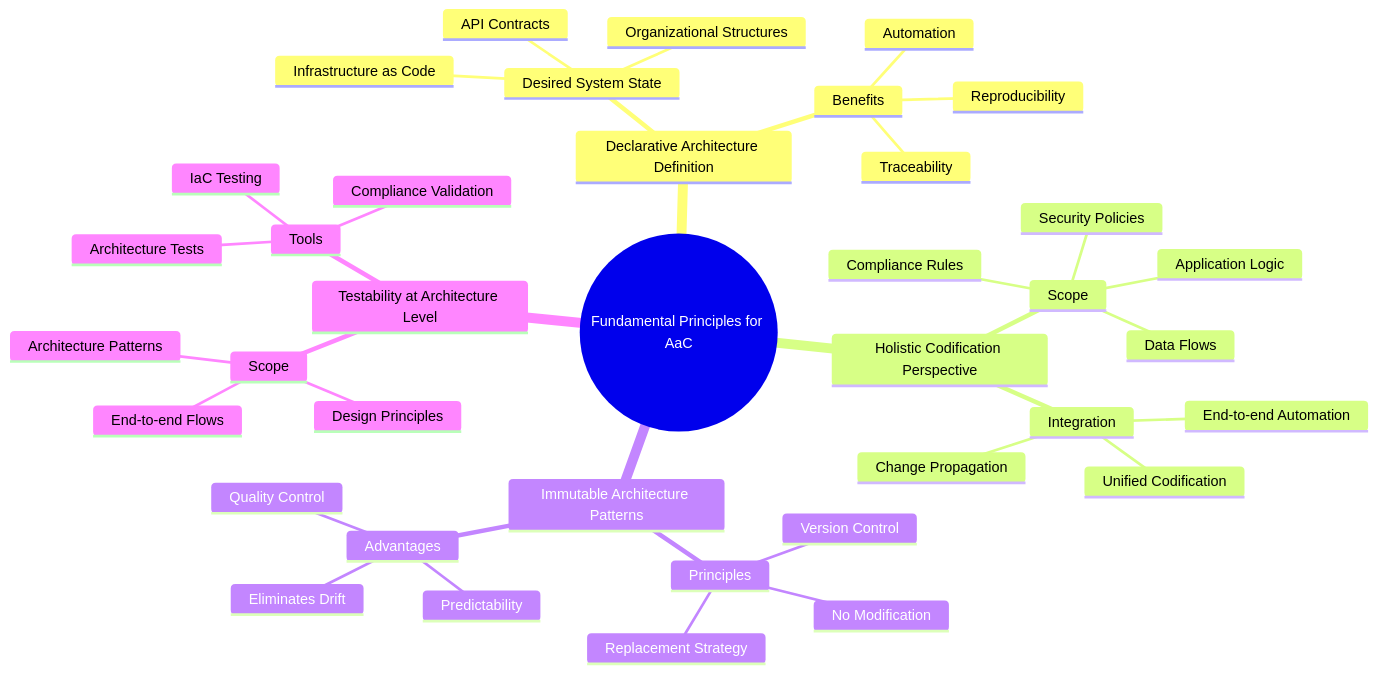
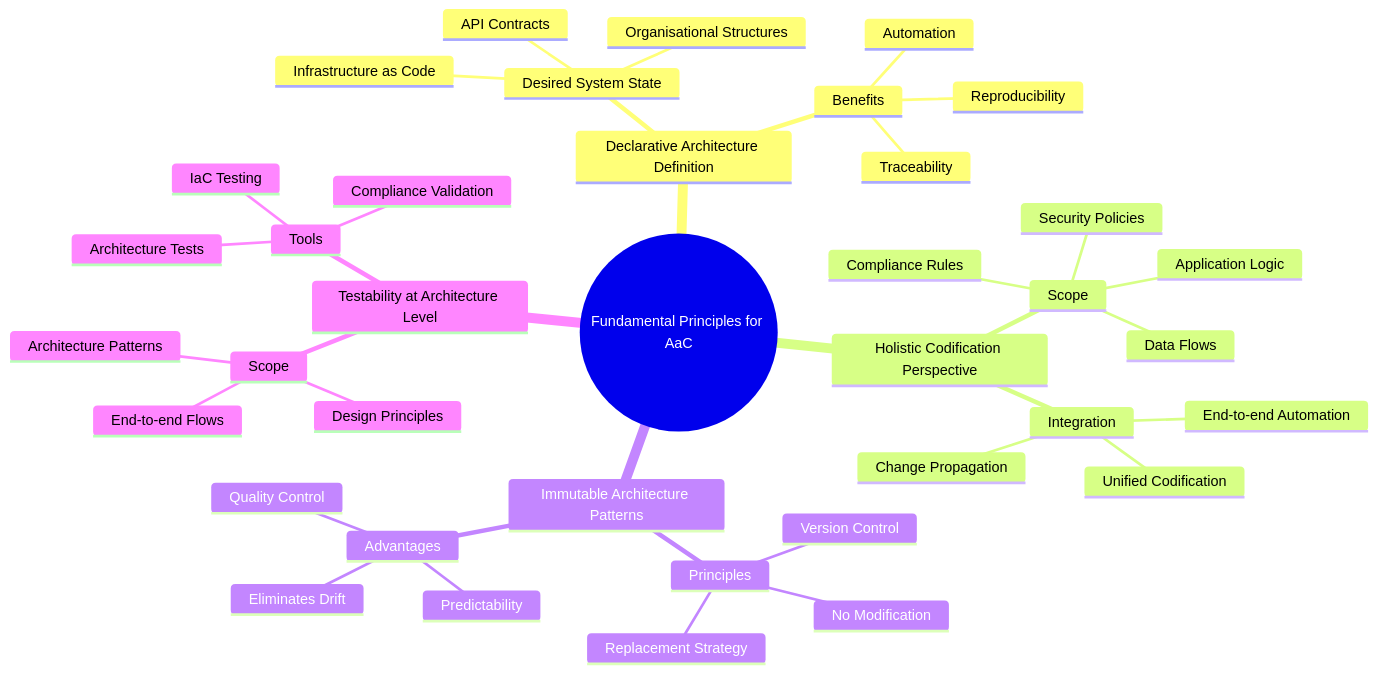
One commit to Geonitab/architecture_as_code changed the diagram in docs/images/archive/mindmap_02_principles.mmd. Above: the diagram before and after it, drawn with Mermaid. The commit also changed 14 other files, not shown here.

Commit message:
Convert diagrams from American to British English

```diff
--- a/docs/images/archive/mindmap_02_principles.mmd
+++ b/docs/images/archive/mindmap_02_principles.mmd
@@ -1,39 +1,39 @@
 mindmap
   root((Fundamental Principles for AaC))
     Declarative Architecture Definition
       Desired System State
         Infrastructure as Code
         API Contracts
-        Organizational Structures
+        Organisational Structures
       Benefits
         Reproducibility
         Automation
         Traceability
     Holistic Codification Perspective
       Scope
         Application Logic
         Data Flows
         Security Policies
         Compliance Rules
       Integration
         End-to-end Automation
         Change Propagation
         Unified Codification
     Immutable Architecture Patterns
       Principles
         Version Control
         No Modification
         Replacement Strategy
       Advantages
         Predictability
         Eliminates Drift
         Quality Control
     Testability at Architecture Level
       Scope
         Architecture Patterns
         Design Principles
         End-to-end Flows
       Tools
         IaC Testing
         Architecture Tests
         Compliance Validation
```
